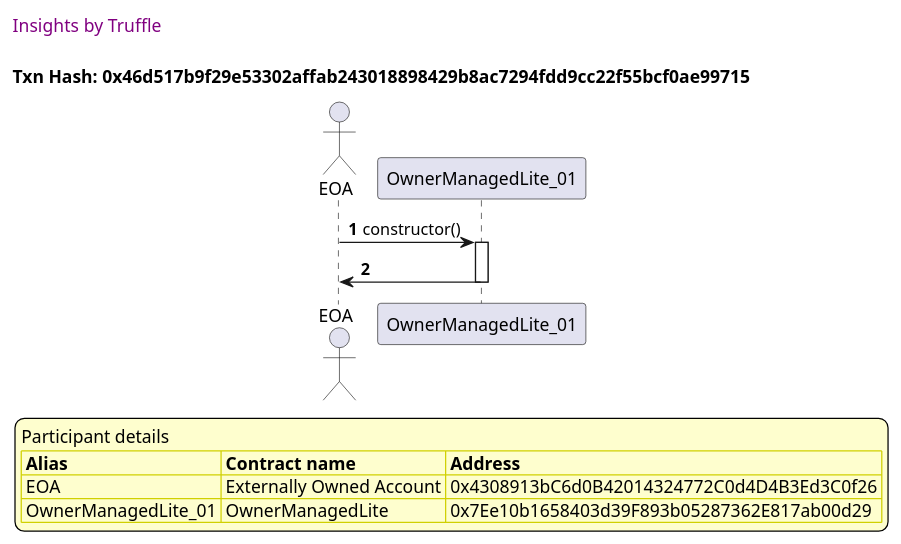
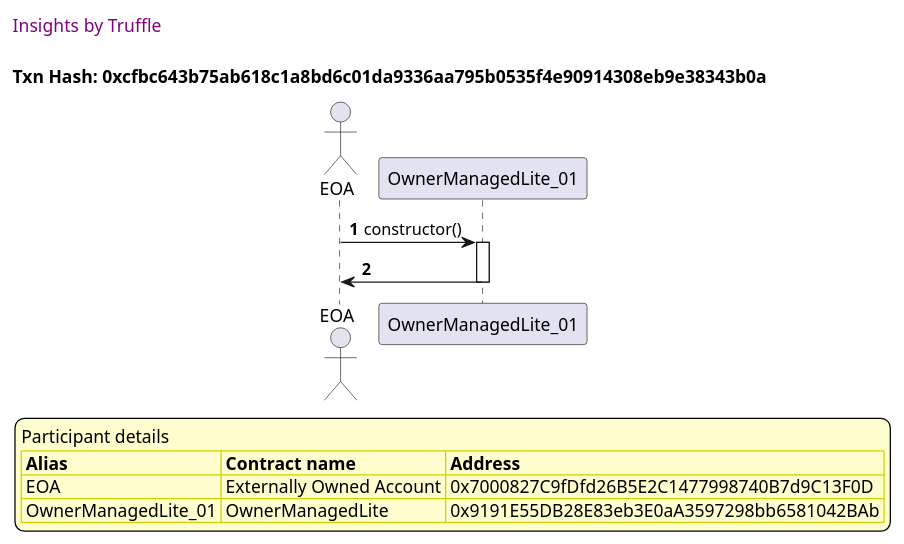
Diagram 14 of 31 in truffle-seq/OwnerManagedLite_test_griefing_prevention.md (thedarkjester/ConsensysAssignment), drawn with PlantUML before and after one commit. The commit also changed other lines of this file and 13 other files, not shown here.

````diff
--- a/truffle-seq/OwnerManagedLite_test_griefing_prevention.md
+++ b/truffle-seq/OwnerManagedLite_test_griefing_prevention.md
@@ -706,37 +654,37 @@
 ```plantuml
 
 
 @startuml
 
 autonumber
 skinparam legendBackgroundColor #FEFECE
 
 <style>
       header {
         HorizontalAlignment left
         FontColor purple
         FontSize 14
         Padding 10
       }
     </style>
 
 header Insights by Truffle
 
-title Txn Hash: 0x46d517b9f29e53302affab243018898429b8ac7294fdd9cc22f55bcf0ae99715
+title Txn Hash: 0xcfbc643b75ab618c1a8bd6c01da9336aa795b0535f4e90914308eb9e38343b0a
 
 
 actor EOA as "EOA"
 participant OwnerManagedLite_01 as "OwnerManagedLite_01"
 
 "EOA" -> "OwnerManagedLite_01" ++: constructor()
 "OwnerManagedLite_01" -> "EOA" --: 
 
 legend
 Participant details
 <#FEFECE,#D0D000>|= Alias |= Contract name |= Address |
-<#FEFECE>| EOA | Externally Owned Account | 0x4308913bC6d0B42014324772C0d4D4B3Ed3C0f26 |
-<#FEFECE>| OwnerManagedLite_01 | OwnerManagedLite | 0x7Ee10b1658403d39F893b05287362E817ab00d29 |
+<#FEFECE>| EOA | Externally Owned Account | 0x7000827C9fDfd26B5E2C1477998740B7d9C13F0D |
+<#FEFECE>| OwnerManagedLite_01 | OwnerManagedLite | 0x9191E55DB28E83eb3E0aA3597298bb6581042BAb |
 endlegend
 
 @enduml
 ```
````
